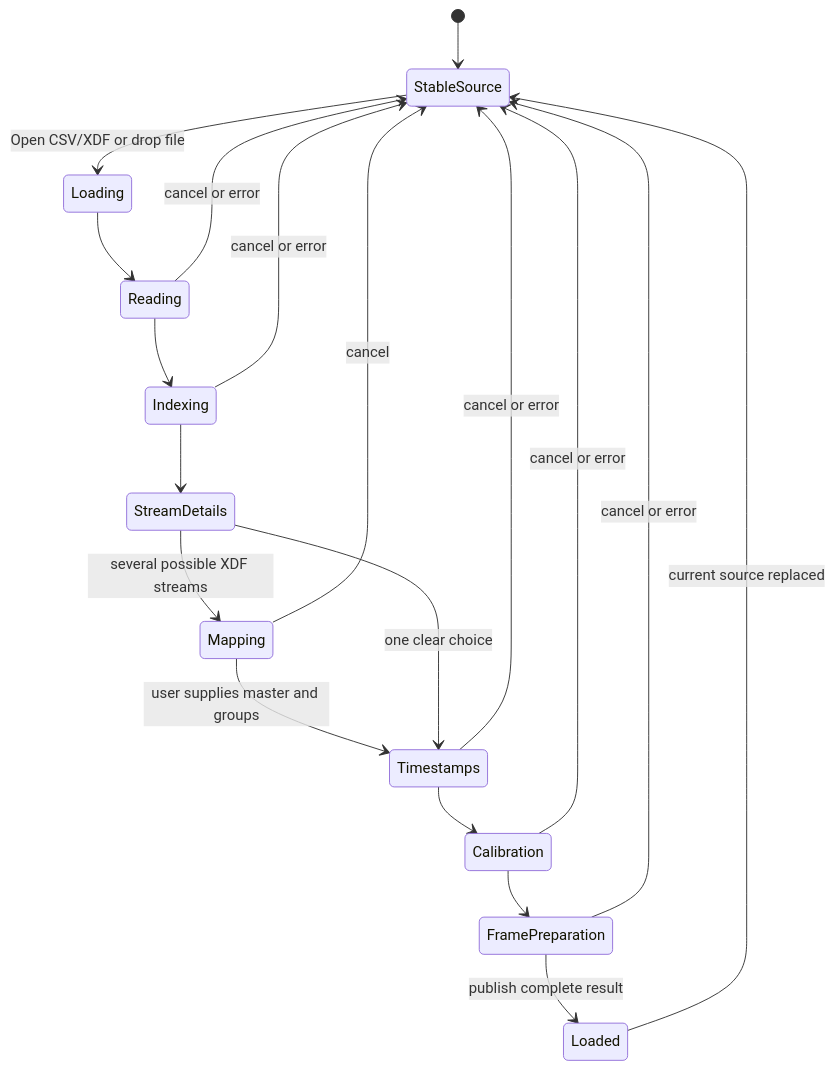
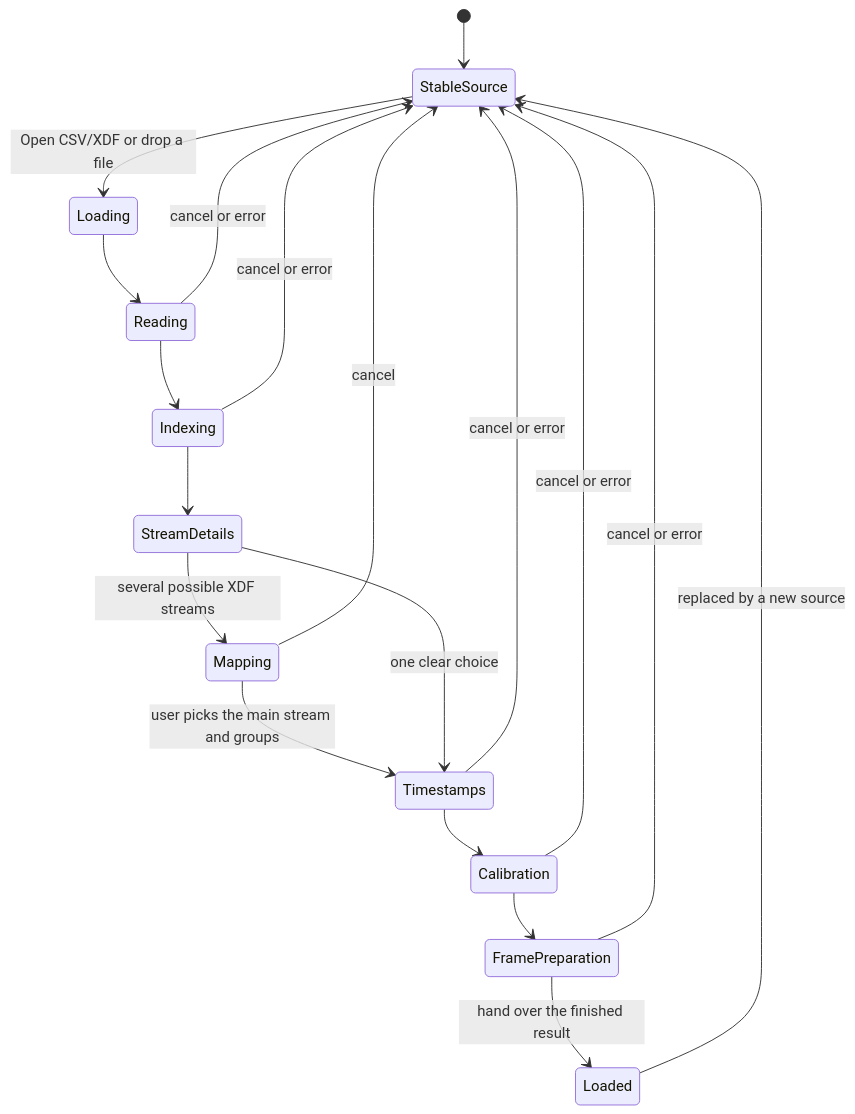
The tenth of 15 diagrams in docs/runtime-state-machines.md (attackofthetitan/vicon-lsl-sync), drawn with Mermaid before and after one commit. The commit also changed other lines of this file and 59 other files, not shown here.

````diff
--- a/docs/runtime-state-machines.md
+++ b/docs/runtime-state-machines.md
@@ -416,21 +420,21 @@
 ```mermaid
 stateDiagram-v2
     [*] --> StableSource
-    StableSource --> Loading: Open CSV/XDF or drop file
+    StableSource --> Loading: Open CSV/XDF or drop a file
     Loading --> Reading
     Reading --> Indexing
     Indexing --> StreamDetails
     StreamDetails --> Mapping: several possible XDF streams
-    Mapping --> Timestamps: user supplies master and groups
+    Mapping --> Timestamps: user picks the main stream and groups
     StreamDetails --> Timestamps: one clear choice
     Timestamps --> Calibration
     Calibration --> FramePreparation
-    FramePreparation --> Loaded: publish complete result
+    FramePreparation --> Loaded: hand over the finished result
     Reading --> StableSource: cancel or error
     Indexing --> StableSource: cancel or error
     Mapping --> StableSource: cancel
     Timestamps --> StableSource: cancel or error
     Calibration --> StableSource: cancel or error
     FramePreparation --> StableSource: cancel or error
-    Loaded --> StableSource: current source replaced
+    Loaded --> StableSource: replaced by a new source
 ```
````
